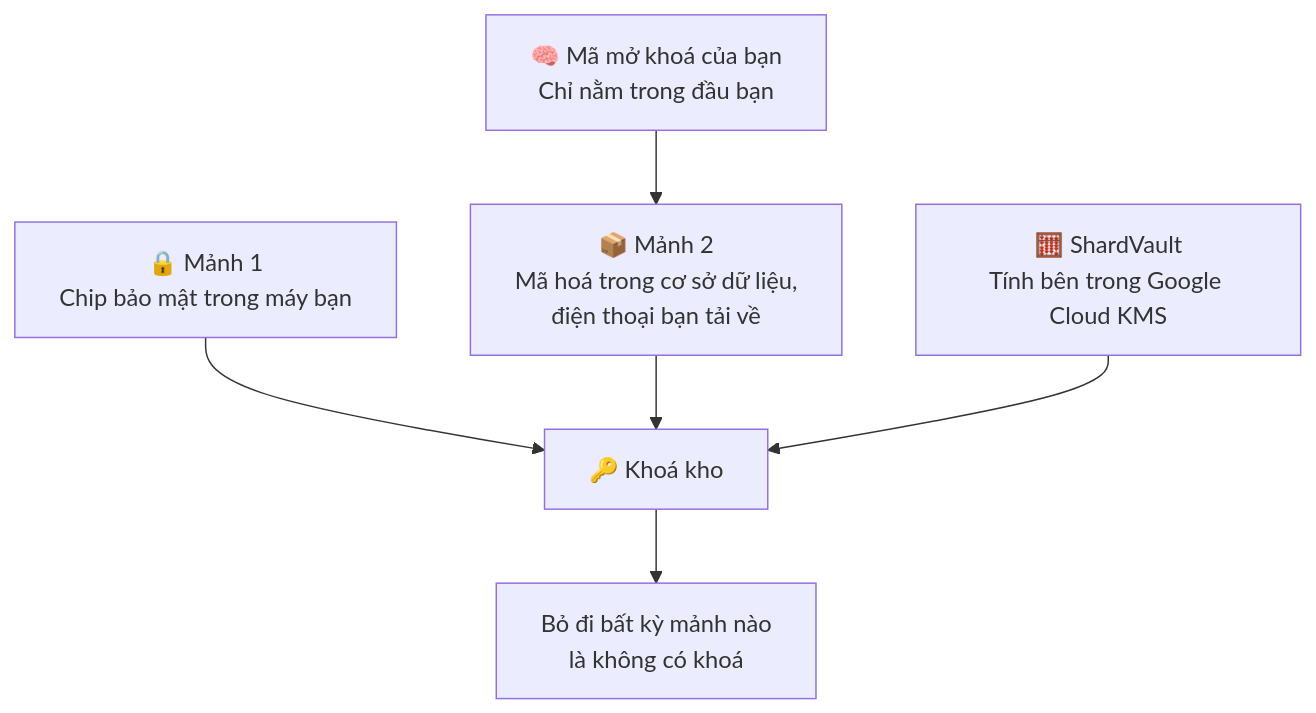
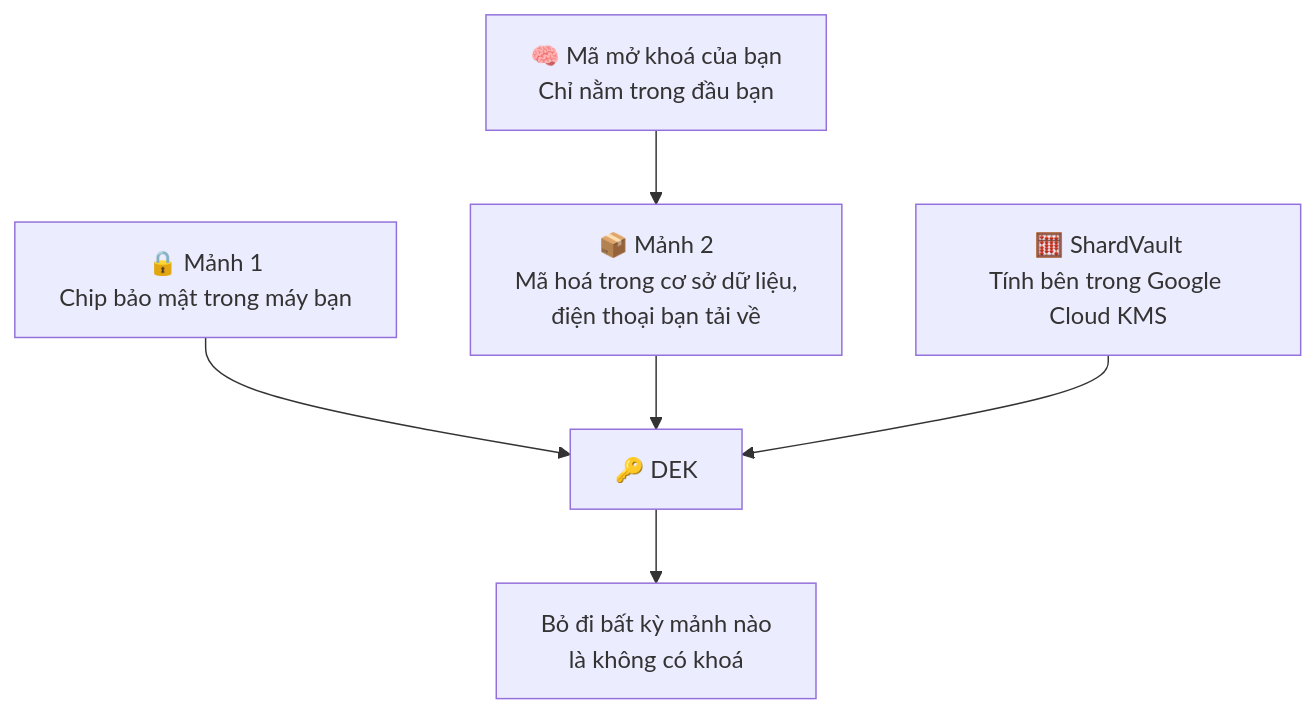
Before and after one commit to TuPhung369/passwordepic-website: the third of 18 diagrams in i18n/vi/docusaurus-plugin-content-docs/current/plain-words.md, drawn with Mermaid. The commit also changed other lines of this file and 22 other files, not shown here.

````diff
--- a/i18n/vi/docusaurus-plugin-content-docs/current/plain-words.md
+++ b/i18n/vi/docusaurus-plugin-content-docs/current/plain-words.md
@@ -78,8 +74,8 @@
 ```mermaid
 flowchart TD
   M["🧠 Mã mở khoá của bạn<br/>Chỉ nằm trong đầu bạn"] --> Q
-  P["🔒 Mảnh 1<br/>Chip bảo mật trong máy bạn"] --> K["🔑 Khoá kho"]
+  P["🔒 Mảnh 1<br/>Chip bảo mật trong máy bạn"] --> K["🔑 DEK"]
   Q["📦 Mảnh 2<br/>Mã hoá trong cơ sở dữ liệu,<br/>điện thoại bạn tải về"] --> K
   R["🧮 ShardVault<br/>Tính bên trong Google Cloud KMS"] --> K
   K --> N["Bỏ đi bất kỳ mảnh nào<br/>là không có khoá"]
 ```
````
